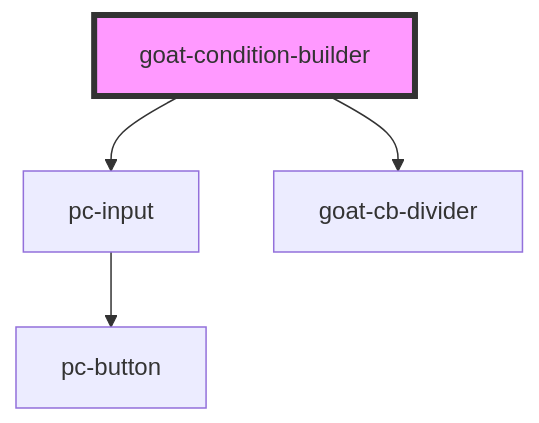
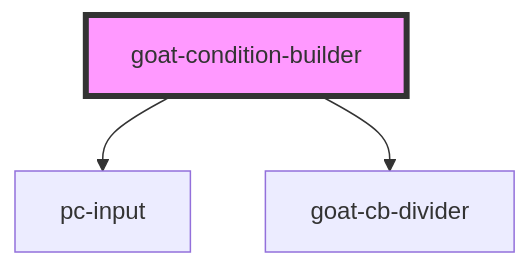
One commit to redvars/peacock changed the diagram in src/components/application/condition-builder/condition-builder/readme.md. Above: the diagram before and after it, drawn with Mermaid. The commit also changed 62 other files, not shown here.

````diff
--- a/src/components/application/condition-builder/condition-builder/readme.md
+++ b/src/components/application/condition-builder/condition-builder/readme.md
@@ -23,7 +23,6 @@
 ```mermaid
 graph TD;
   goat-condition-builder --> pc-input
   goat-condition-builder --> goat-cb-divider
-  pc-input --> pc-button
   style goat-condition-builder fill:#f9f,stroke:#333,stroke-width:4px
 ```
````
